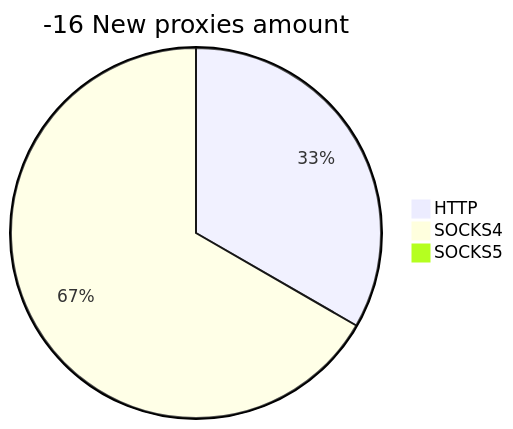
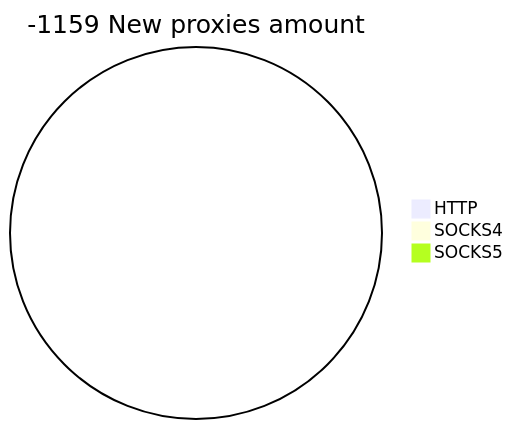
The second of 2 diagrams in README.md (cutipu/proxylist), drawn with Mermaid before and after one commit. The commit also changed other lines of this file, not shown here.

````diff
--- a/README.md
+++ b/README.md
@@ -10,6 +10,6 @@
 ```mermaid
-pie title -16 New proxies amount
-    "HTTP" : 1
-    "SOCKS4" : 2
+pie title -1159 New proxies amount
+    "HTTP" : 0
+    "SOCKS4" : 0
     "SOCKS5" : 0
 ```
````
